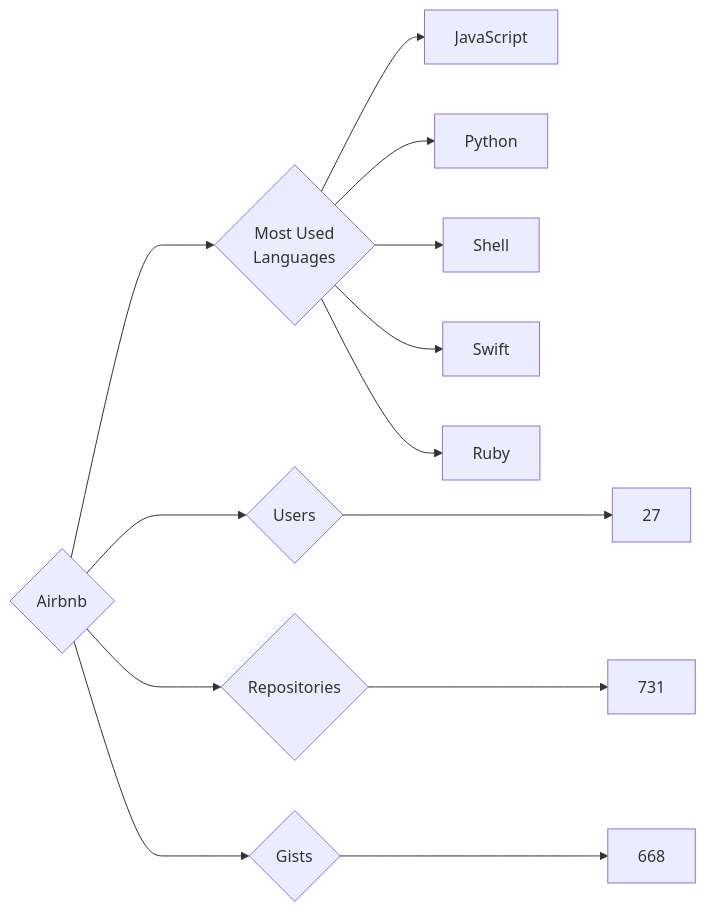
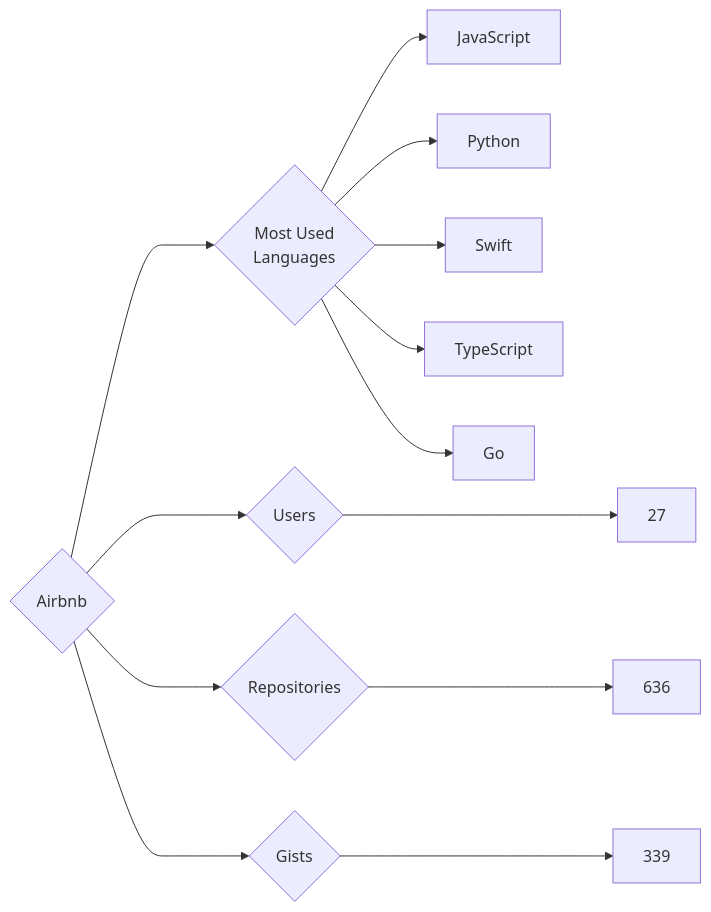
Before and after one commit to trickest/insiders: the diagram in targets/Airbnb/README.md, drawn with Mermaid. The commit also changed 1020 other files, not shown here.

````diff
--- a/targets/Airbnb/README.md
+++ b/targets/Airbnb/README.md
@@ -3,13 +3,13 @@
 ```mermaid
 graph LR
 COMPANY_NAME{Airbnb}
 COMPANY_NAME ---> U{Users} ---> UN[27]
-COMPANY_NAME ---> R{Repositories} ---> RN[731]
-COMPANY_NAME ---> G{Gists} ---> GN[668]
+COMPANY_NAME ---> R{Repositories} ---> RN[636]
+COMPANY_NAME ---> G{Gists} ---> GN[339]
 COMPANY_NAME ---> ML{Most Used<br>Languages}
 ML --> JavaScript[JavaScript]
 ML --> Python[Python]
-ML --> Shell[Shell]
 ML --> Swift[Swift]
-ML --> Ruby[Ruby]
+ML --> TypeScript[TypeScript]
+ML --> Go[Go]
 ```
````
